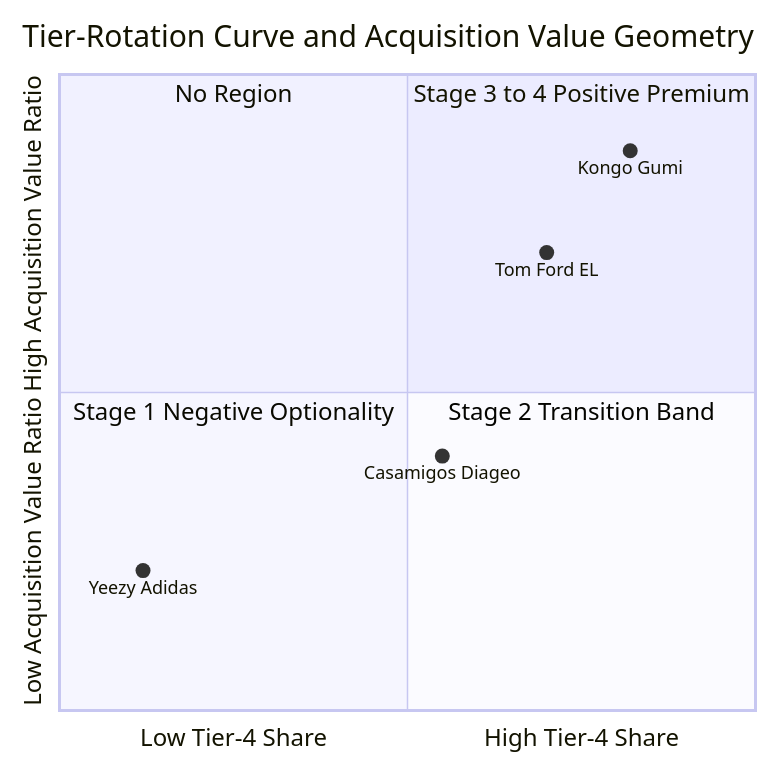
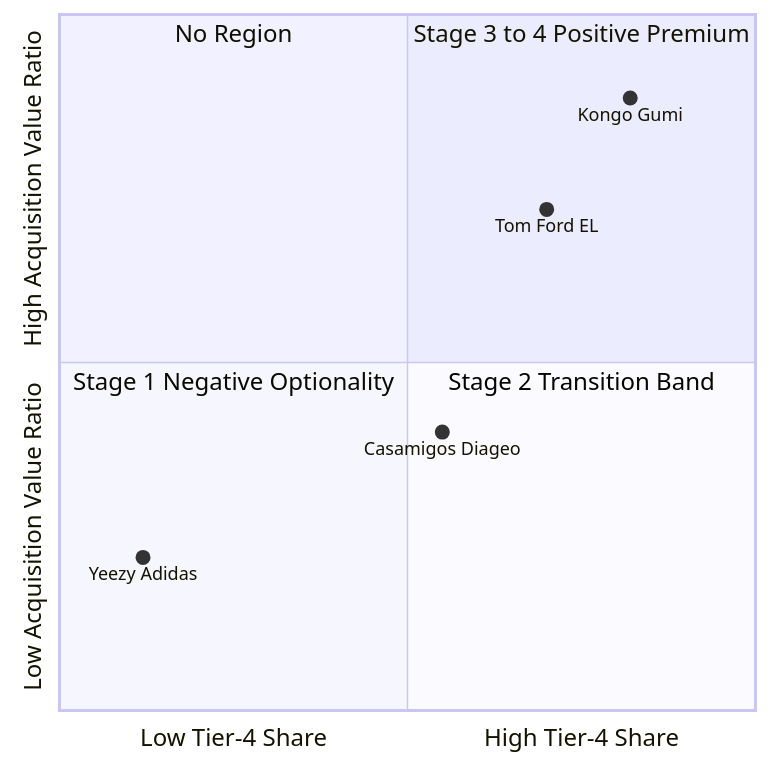
Before and after one commit to spectralbranding/orgschema-papers: the diagram in tier-rotation/paper.md, drawn with Mermaid. The commit also changed 5 other files, not shown here.

Commit message:
mirror: 2026ae 2026ai 2026aj orgschema-audit @ 2026-06-26

````diff
--- a/tier-rotation/paper.md
+++ b/tier-rotation/paper.md
@@ -390,14 +390,13 @@
-```mermaid
+```{.mermaid width=75%}
 quadrantChart
-    title Tier-Rotation Curve and Acquisition Value Geometry
     x-axis Low Tier-4 Share --> High Tier-4 Share
     y-axis Low Acquisition Value Ratio --> High Acquisition Value Ratio
     quadrant-1 Stage 3 to 4 Positive Premium
     quadrant-2 No Region
     quadrant-3 Stage 1 Negative Optionality
     quadrant-4 Stage 2 Transition Band
     Yeezy Adidas: [0.12, 0.22]
     Casamigos Diageo: [0.55, 0.40]
     Tom Ford EL: [0.70, 0.72]
     Kongo Gumi: [0.82, 0.88]
 ```
````
